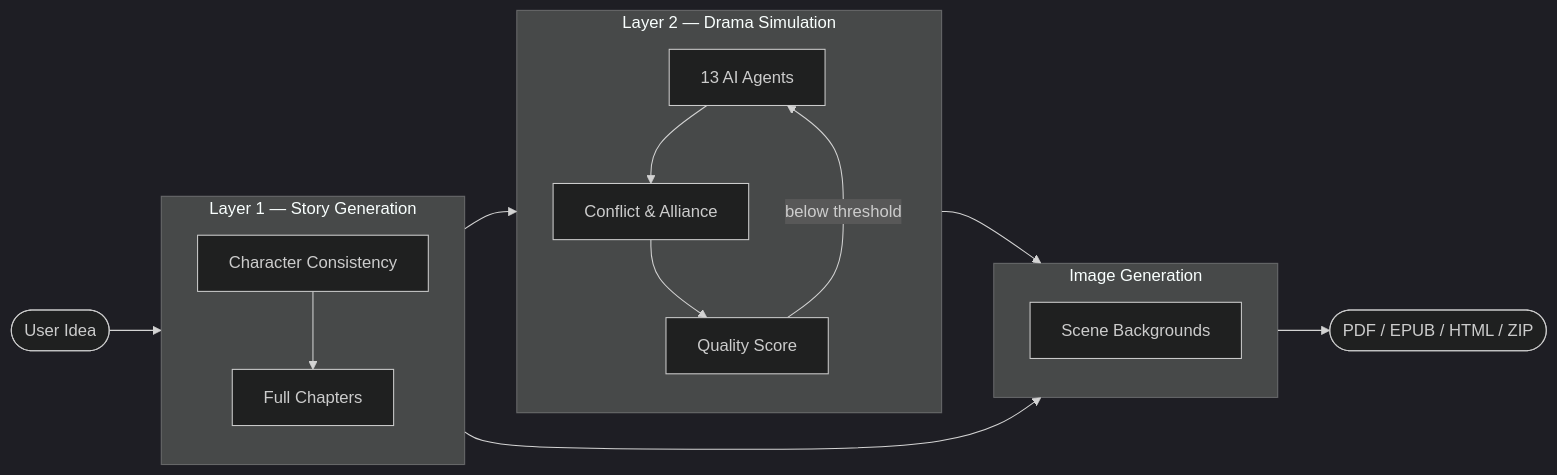
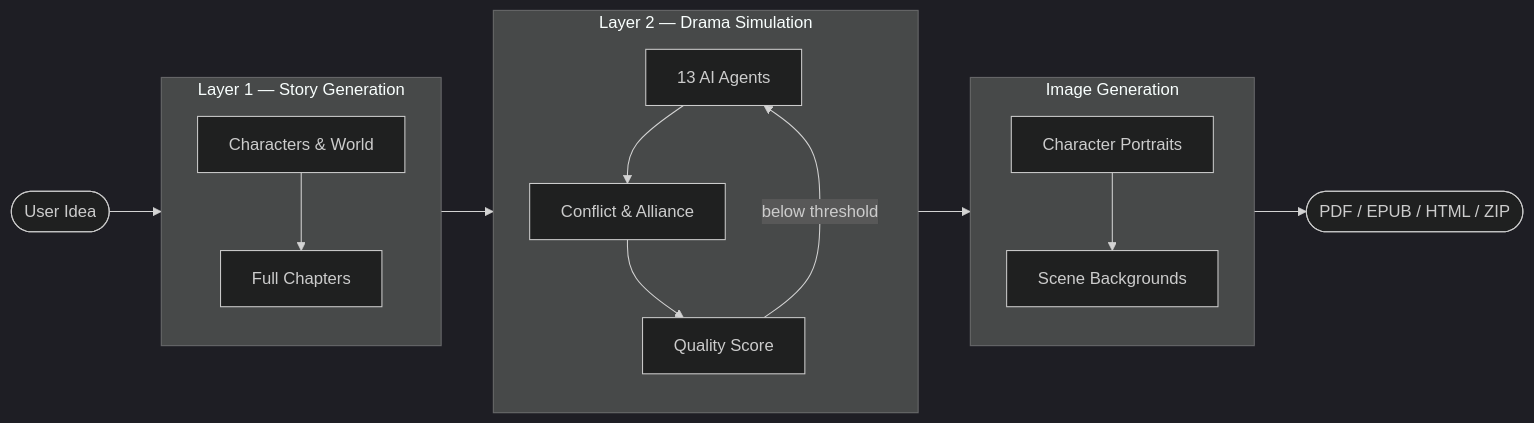
Before and after one commit to HieuNTg/STORYFORGE: the diagram in README.md, drawn with Mermaid (dark theme). The commit also changed other lines of this file and 2 other files, not shown here.

````diff
--- a/README.md
+++ b/README.md
@@ -158,27 +184,27 @@
 ```mermaid
 flowchart LR
     idea([User Idea]) --> L1
 
     subgraph L1 [Layer 1 — Story Generation]
         direction TB
         chars[Characters & World] --> chapters[Full Chapters]
     end
 
     L1 --> L2
 
     subgraph L2 [Layer 2 — Drama Simulation]
         direction TB
         agents[13 AI Agents] --> conflicts[Conflict & Alliance]
         conflicts --> score[Quality Score]
         score -- below threshold --> agents
     end
 
     L2 --> IMG
 
     subgraph IMG [Image Generation]
         direction TB
-        chars[Character Consistency] --> scenes[Scene Backgrounds]
+        portraits[Character Portraits] --> scenes[Scene Backgrounds]
     end
 
     IMG --> export([PDF / EPUB / HTML / ZIP])
 ```
````
